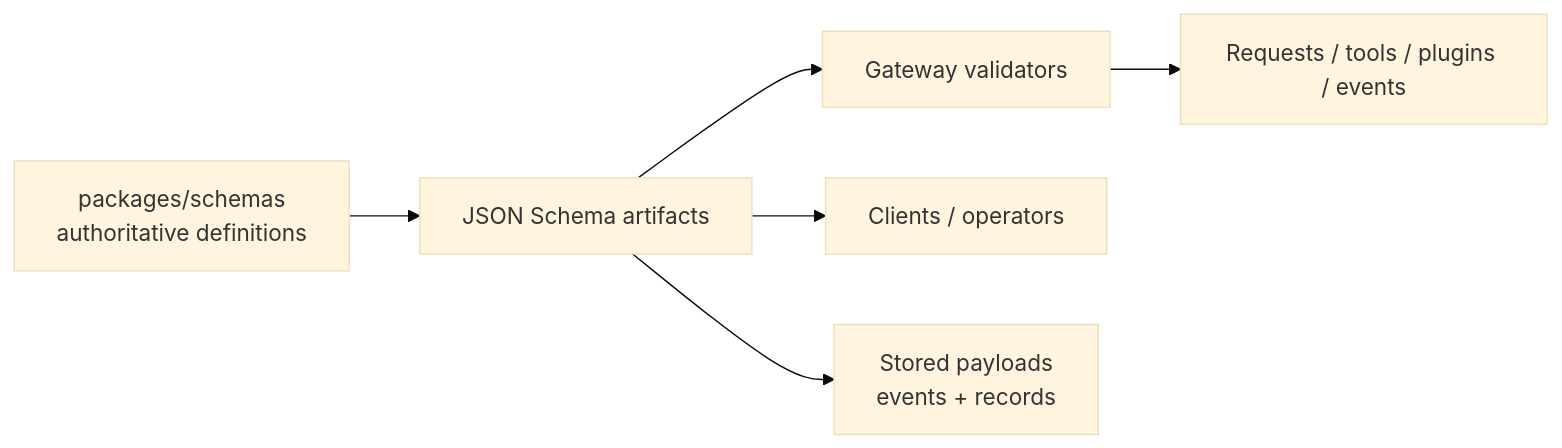
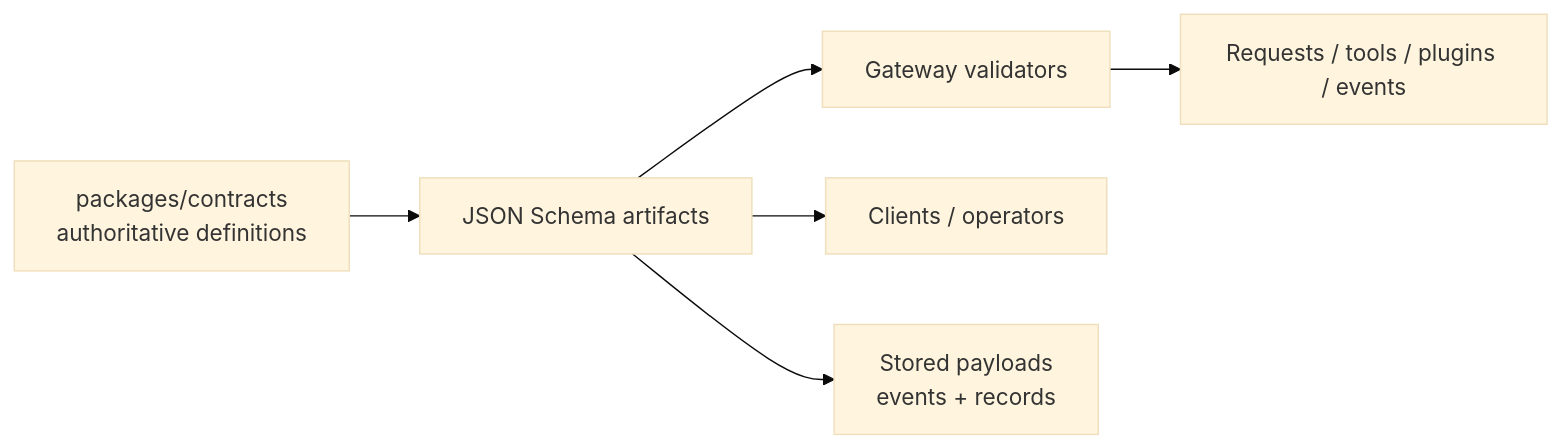
One commit to tyrumai/tyrum changed the diagram in docs/architecture/protocol/contracts.md. Above: the diagram before and after it, drawn with Mermaid (base theme). The commit also changed other lines of this file and 753 other files, not shown here.

Commit message:
refactor: rename schemas package to contracts

````diff
--- a/docs/architecture/protocol/contracts.md
+++ b/docs/architecture/protocol/contracts.md
@@ -15,8 +15,8 @@
 ```mermaid
 flowchart LR
-  Schemas["packages/schemas<br/>authoritative definitions"] --> Export["JSON Schema artifacts"]
+  Schemas["packages/contracts<br/>authoritative definitions"] --> Export["JSON Schema artifacts"]
   Export --> Gateway["Gateway validators"]
   Export --> Clients["Clients / operators"]
   Export --> Persisted["Stored payloads<br/>events + records"]
   Gateway --> Runtime["Requests / tools / plugins / events"]
 ```
````
